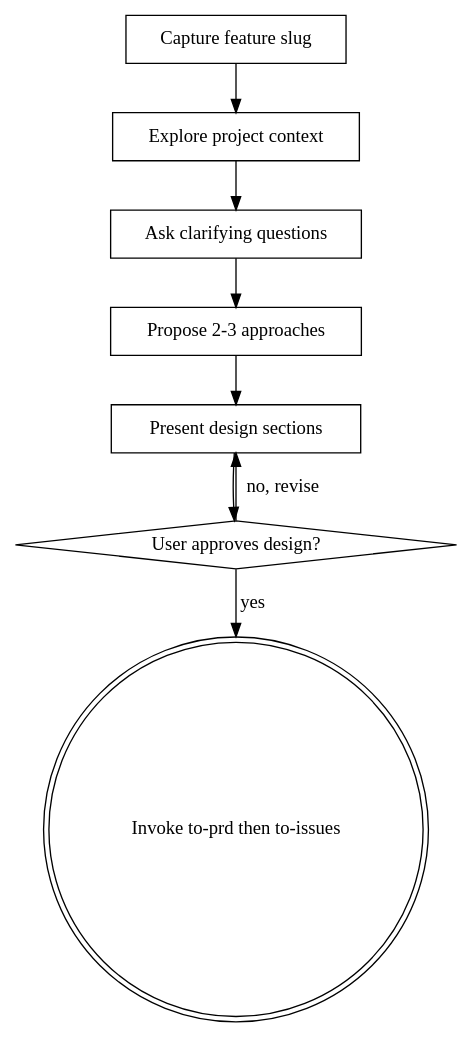
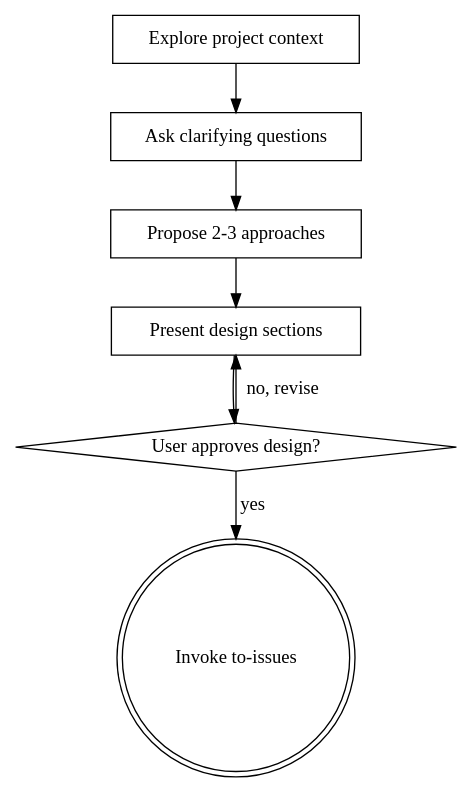
The diagram in skills/crew-brainstorm/SKILL.md (ypxing/coding-crew), drawn with Graphviz before and after one commit. The commit also changed other lines of this file and 27 other files, not shown here.

````diff
--- a/skills/crew-brainstorm/SKILL.md
+++ b/skills/crew-brainstorm/SKILL.md
@@ -44,19 +33,17 @@
 ```dot
 digraph brainstorming {
-    "Capture feature slug" [shape=box];
     "Explore project context" [shape=box];
     "Ask clarifying questions" [shape=box];
     "Propose 2-3 approaches" [shape=box];
     "Present design sections" [shape=box];
     "User approves design?" [shape=diamond];
-    "Invoke to-prd then to-issues" [shape=doublecircle];
+    "Invoke to-issues" [shape=doublecircle];
 
-    "Capture feature slug" -> "Explore project context";
     "Explore project context" -> "Ask clarifying questions";
     "Ask clarifying questions" -> "Propose 2-3 approaches";
     "Propose 2-3 approaches" -> "Present design sections";
     "Present design sections" -> "User approves design?";
     "User approves design?" -> "Present design sections" [label="no, revise"];
-    "User approves design?" -> "Invoke to-prd then to-issues" [label="yes"];
+    "User approves design?" -> "Invoke to-issues" [label="yes"];
 }
 ```
````
